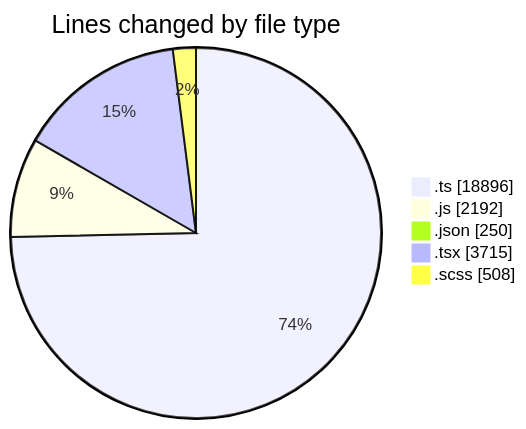
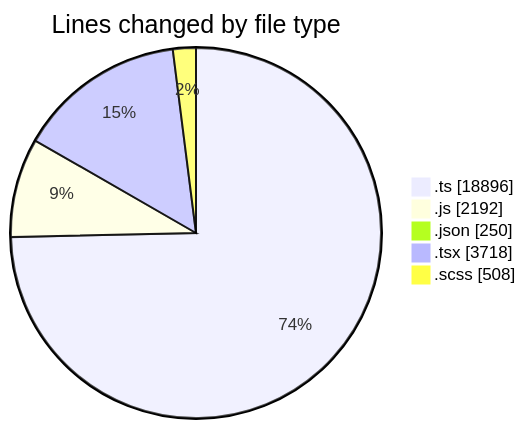
One commit to momahboobian/code-tracking changed the first of 2 diagrams in 2026-06-18/cda/README.md. Above: the diagram before and after it, drawn with Mermaid. The commit also changed other lines of this file and 1 other file, not shown here.

````diff
--- a/2026-06-18/cda/README.md
+++ b/2026-06-18/cda/README.md
@@ -70,9 +70,9 @@
 ```mermaid
 pie showData
 title Lines changed by file type
 ".ts" : 18896
 ".js" : 2192
 ".json" : 250
-".tsx" : 3715
+".tsx" : 3718
 ".scss" : 508
 ```
````
